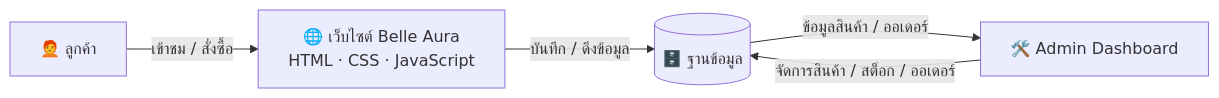
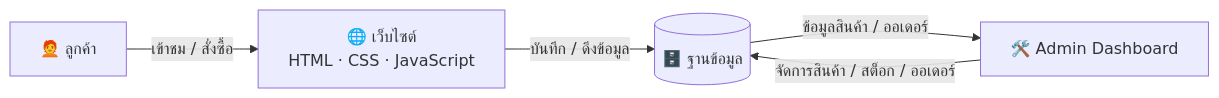
One commit to warattha48/cosmetic-ecommerce-docs changed the first of 2 diagrams in README.md. Above: the diagram before and after it, drawn with Mermaid. The commit also changed other lines of this file, not shown here.

````diff
--- a/README.md
+++ b/README.md
@@ -156,7 +207,7 @@
 ```mermaid
 flowchart LR
-    C["🧑‍🦰 ลูกค้า"] -->|เข้าชม / สั่งซื้อ| W["🌐 เว็บไซต์ Belle Aura<br/>HTML · CSS · JavaScript"]
+    C["🧑‍🦰 ลูกค้า"] -->|เข้าชม / สั่งซื้อ| W["🌐 เว็บไซต์<br/>HTML · CSS · JavaScript"]
     W -->|บันทึก / ดึงข้อมูล| DB[("🗄️ ฐานข้อมูล")]
     DB -->|ข้อมูลสินค้า / ออเดอร์| A["🛠️ Admin Dashboard"]
     A -->|จัดการสินค้า / สต็อก / ออเดอร์| DB
 ```
````
